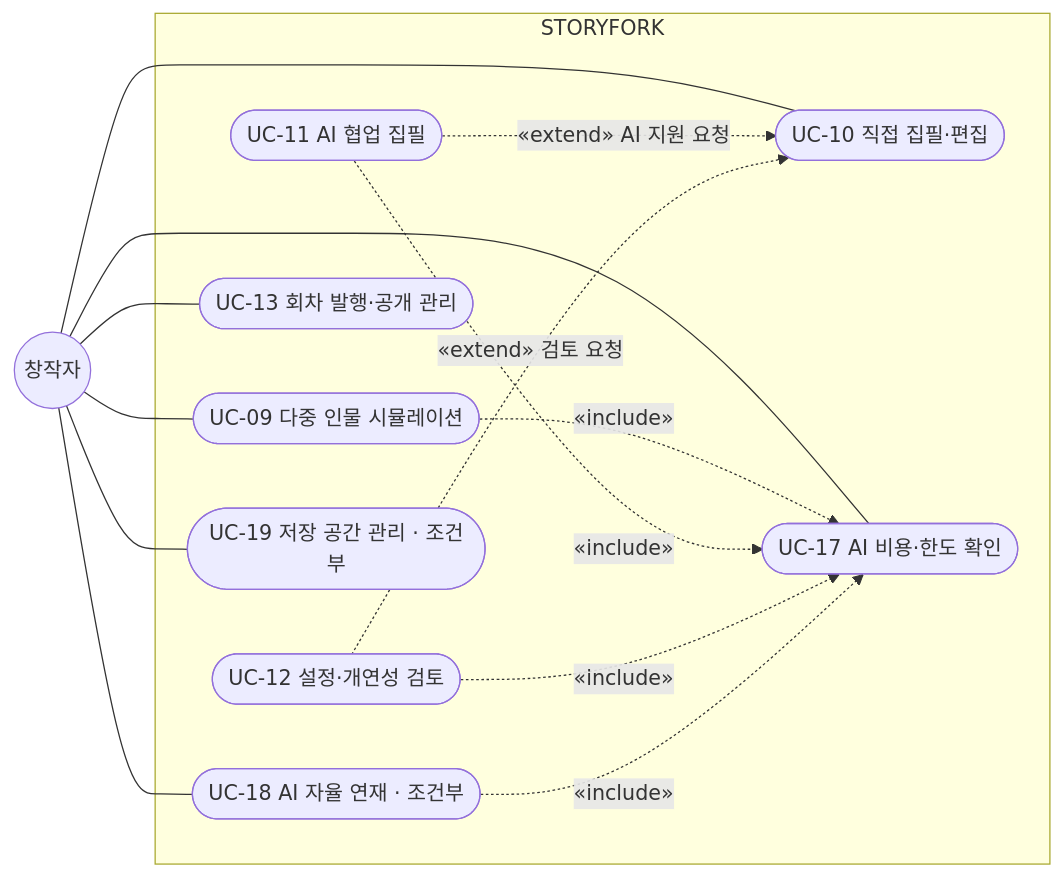
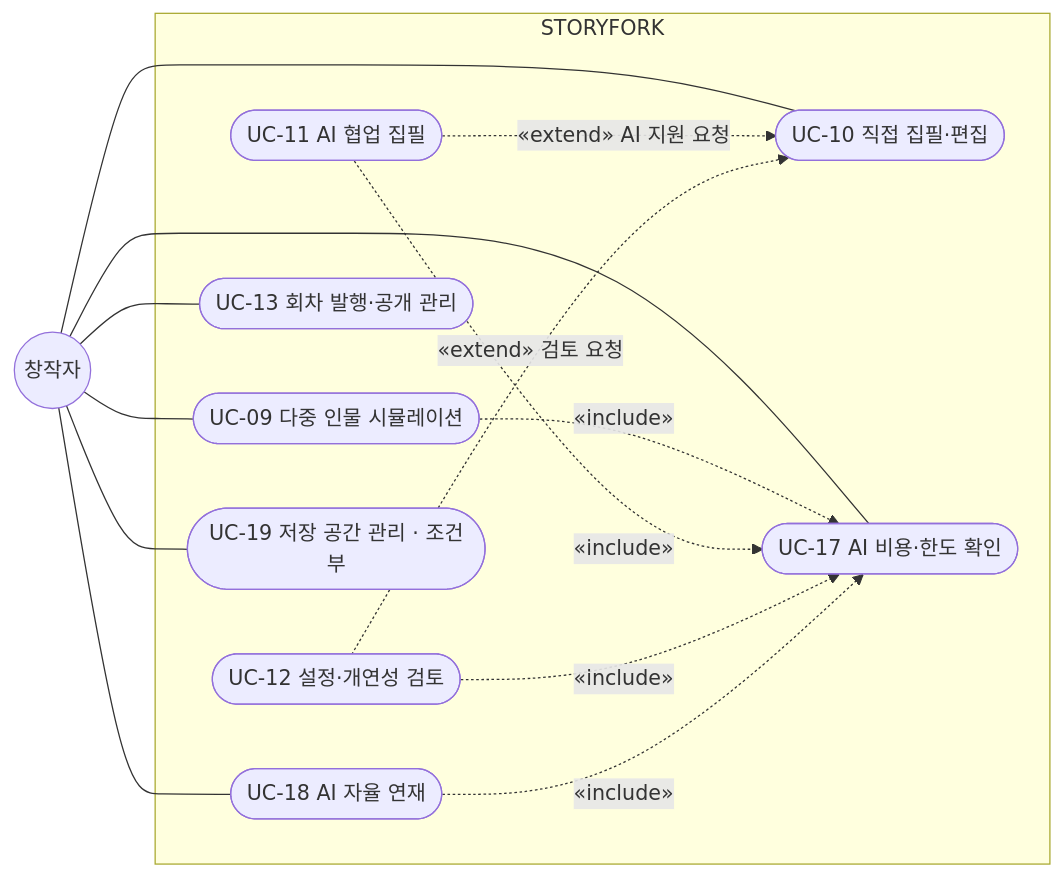
The eighth of 9 diagrams in docs/usecase.md (SKNETWORKS-FAMILY-AICAMP/SKN34-FINAL-4TEAM), drawn with Mermaid before and after one commit. The commit also changed other lines of this file and 26 other files, not shown here.

````diff
--- a/docs/usecase.md
+++ b/docs/usecase.md
@@ -335,26 +358,26 @@
 ```mermaid
 flowchart LR
   C(("창작자"))
   subgraph SYS["STORYFORK"]
     U09(["UC-09 다중 인물 시뮬레이션"])
     U10(["UC-10 직접 집필·편집"])
     U11(["UC-11 AI 협업 집필"])
     U12(["UC-12 설정·개연성 검토"])
     U13(["UC-13 회차 발행·공개 관리"])
     U17(["UC-17 AI 비용·한도 확인"])
-    U18(["UC-18 AI 자율 연재 · 조건부"])
+    U18(["UC-18 AI 자율 연재"])
     U19(["UC-19 저장 공간 관리 · 조건부"])
   end
   C --- U09
   C --- U10
   C --- U13
   C --- U17
   C --- U18
   C --- U19
   U11 -.->|"«extend» AI 지원 요청"| U10
   U12 -.->|"«extend» 검토 요청"| U10
   U09 -.->|"«include»"| U17
   U11 -.->|"«include»"| U17
   U12 -.->|"«include»"| U17
   U18 -.->|"«include»"| U17
 ```
````
